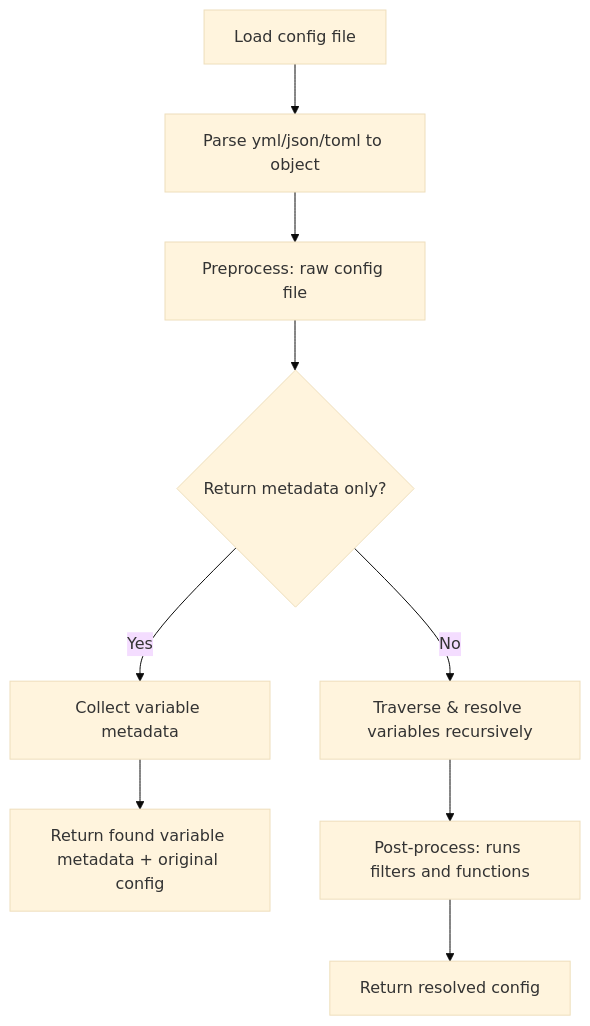
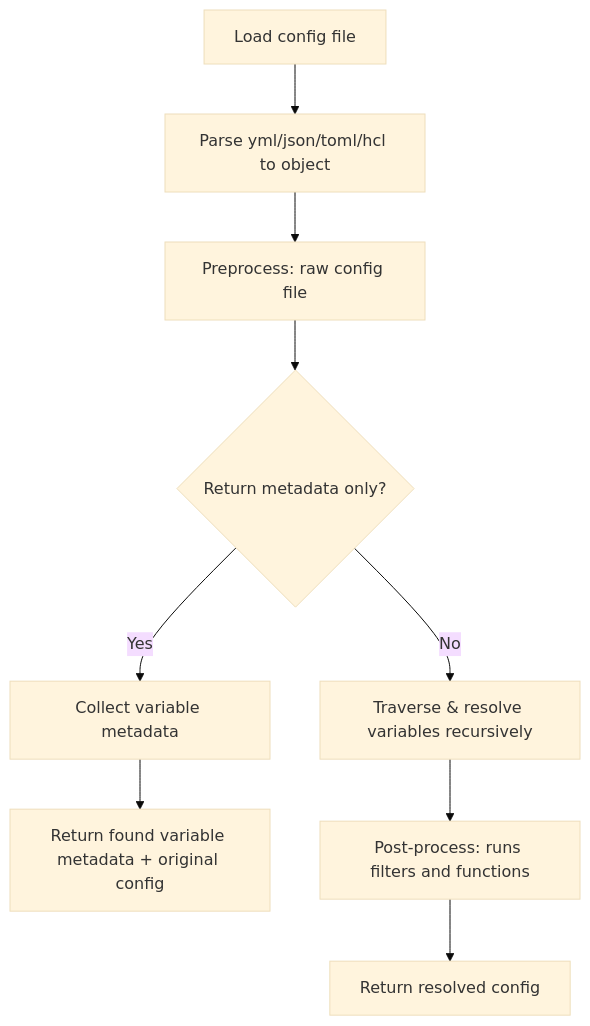
Before and after one commit to DavidWells/configorama: the diagram in README.md, drawn with Mermaid (base theme). The commit also changed other lines of this file and 12 other files, not shown here.

````diff
--- a/README.md
+++ b/README.md
@@ -99,11 +99,11 @@
 ```mermaid
 flowchart TD
-    A[Load config file] --> B[Parse yml/json/toml to object]
+    A[Load config file] --> B[Parse yml/json/toml/hcl to object]
     B --> C[Preprocess: raw config file]
     C --> D{Return metadata only?}
     D -->|Yes| E[Collect variable metadata]
     E --> F[Return found variable metadata + original config]
     D -->|No| G[Traverse & resolve variables recursively]
     G --> H[Post-process: runs filters and functions]
     H --> I[Return resolved config]
 ```
````
